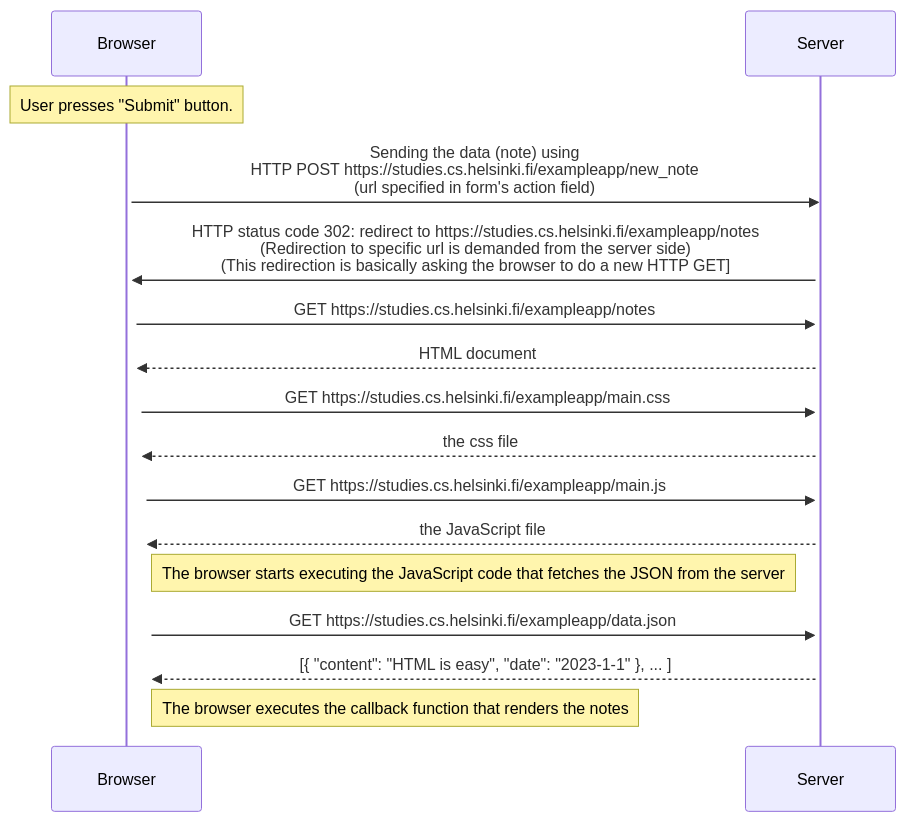
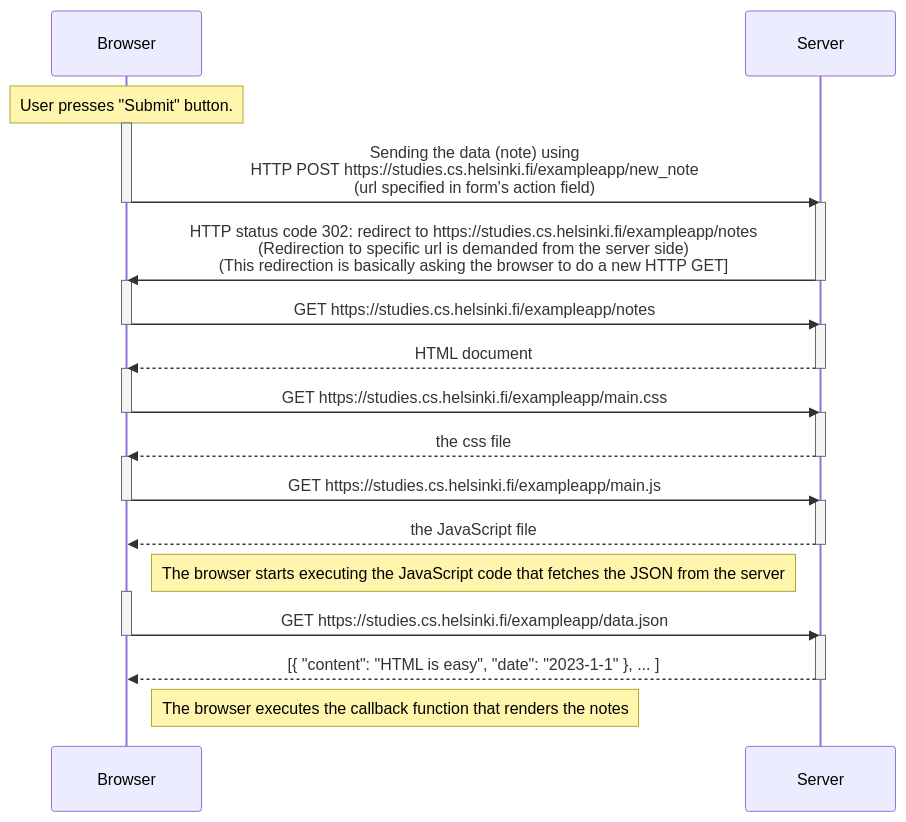
One commit to szmaragdynia/FullstackLearning changed the diagram in part0/excercise0-4.md. Above: the diagram before and after it, drawn with Mermaid.

Commit message:
refurbishing looks

````diff
--- a/part0/excercise0-4.md
+++ b/part0/excercise0-4.md
@@ -1,40 +1,50 @@
 ```mermaid
 
 
 
 sequenceDiagram
     participant b as Browser
     participant s as Server
     
     Note over b: User presses "Submit" button.
     
     activate b
     b->>s: Sending the data (note) using <br/> HTTP POST https://studies.cs.helsinki.fi/exampleapp/new_note <br/> (url specified in form's action field) 
+    deactivate b
     activate s
     s->>b: HTTP status code 302: redirect to https://studies.cs.helsinki.fi/exampleapp/notes <br/> (Redirection to specific url is demanded from the server side) <br/> (This redirection is basically asking the browser to do a new HTTP GET]
+    deactivate s
 
     activate b
     b->>s: GET https://studies.cs.helsinki.fi/exampleapp/notes
+    deactivate b
     activate s
     s-->>b: HTML document
+    deactivate s
     
     activate b
     b->>s: GET https://studies.cs.helsinki.fi/exampleapp/main.css
+    deactivate b
     activate s
     s-->>b: the css file
+    deactivate s
     
     activate b
     b->>s: GET https://studies.cs.helsinki.fi/exampleapp/main.js
+    deactivate b
     activate s
     s-->>b: the JavaScript file
+    deactivate s
     
     Note right of b: The browser starts executing the JavaScript code that fetches the JSON from the server
     
     activate b
     b->>s: GET https://studies.cs.helsinki.fi/exampleapp/data.json
+    deactivate b
     activate s
     s-->>b: [{ "content": "HTML is easy", "date": "2023-1-1" }, ... ]
+    deactivate s
 
     Note right of b: The browser executes the callback function that renders the notes
     
 ```
````
